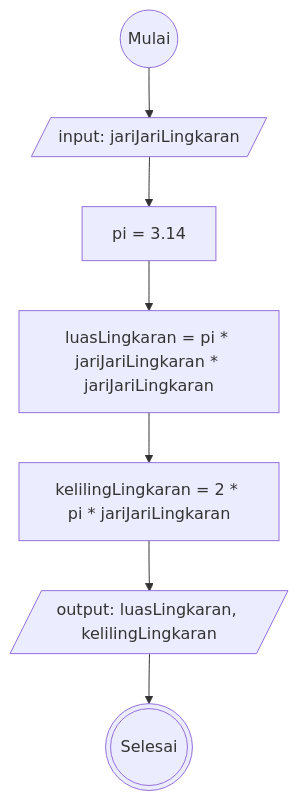
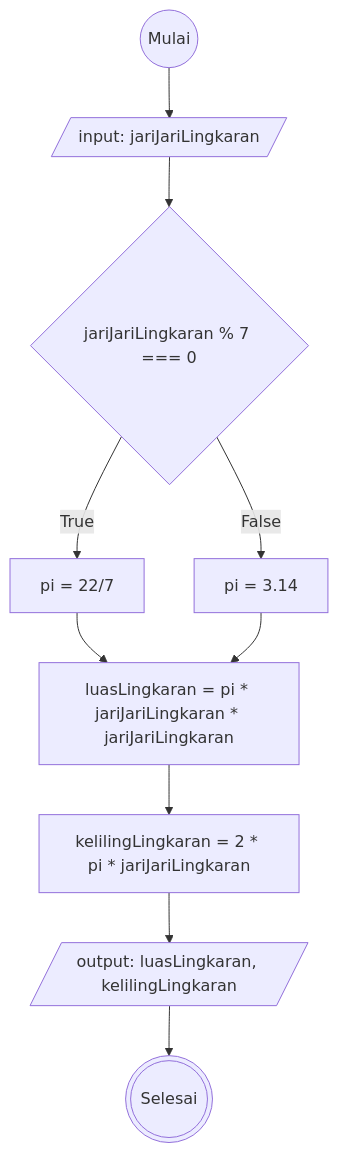
Before and after one commit to Arif14377/koda-b6-javascript1: the diagram in README.md, drawn with Mermaid.

````diff
--- a/README.md
+++ b/README.md
@@ -5,17 +5,22 @@
 ```mermaid
 flowchart TD
 start@{shape: circle, label: "Mulai"}
 input-r@{shape: lean-r, label: "input: jariJariLingkaran"}
-pi@{shape: rect, label: "pi = 3.14"}
+pi@{shape: rect, label: "pi = 22/7"}
+pi2@{shape: rect, label: "pi = 3.14"}
+whatPi@{shape: diamond, label: "jariJariLingkaran % 7 === 0"}
 hitungLuas@{shape: rect, label: "luasLingkaran = pi * jariJariLingkaran * jariJariLingkaran"}
 hitungKeliling@{shape: rect, label: "kelilingLingkaran = 2 * pi * jariJariLingkaran"}
 output@{shape: lean-r, label: "output: luasLingkaran, kelilingLingkaran"}
 stop@{shape: dbl-circ, label: "Selesai"}
 
 start --> input-r
-input-r-->pi
+input-r-->whatPi
+whatPi--True-->pi
+whatPi--False-->pi2
 pi-->hitungLuas
+pi2-->hitungLuas
 hitungLuas-->hitungKeliling
 hitungKeliling-->output
 output-->stop
 ```
````
